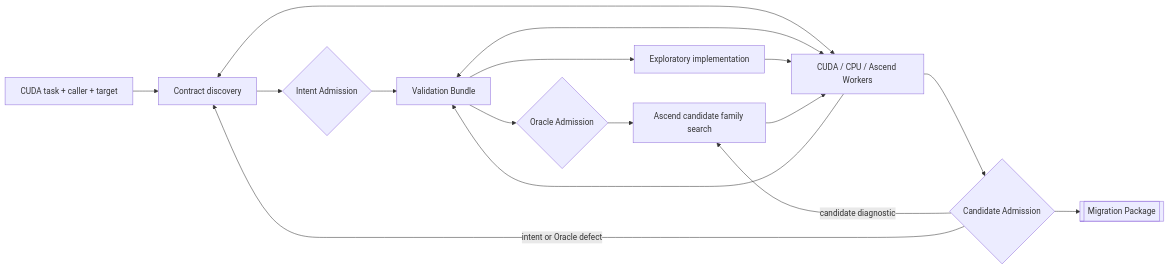
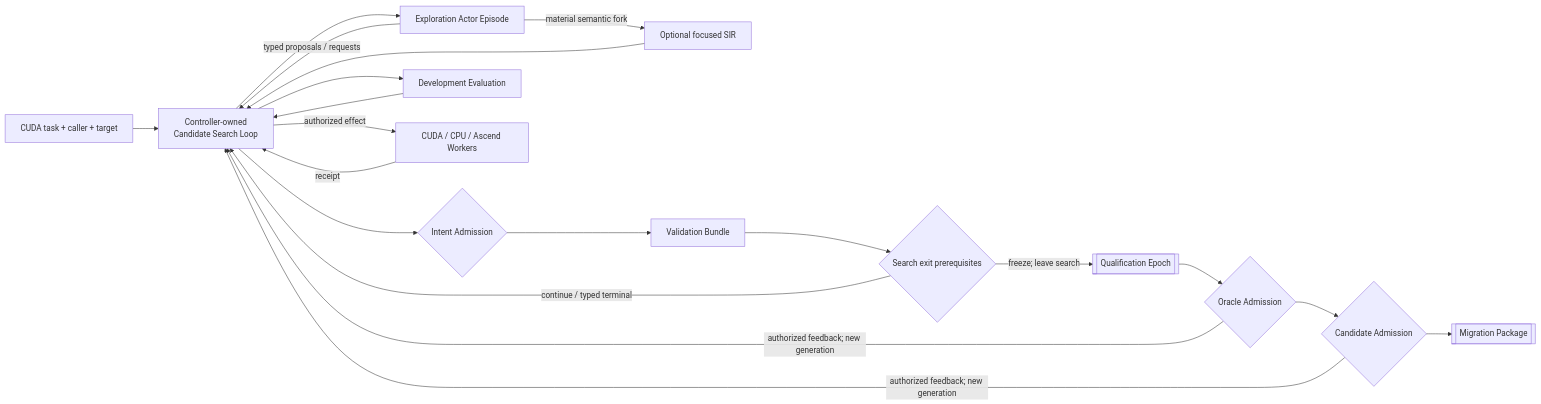
One commit to ascendresearch/cairn changed the diagram in docs/design/CAIRN_CURRENT_PRODUCT_DESIGN.md. Above: the diagram before and after it, drawn with Mermaid. The commit also changed other lines of this file and 5 other files, not shown here.

````diff
--- a/docs/design/CAIRN_CURRENT_PRODUCT_DESIGN.md
+++ b/docs/design/CAIRN_CURRENT_PRODUCT_DESIGN.md
@@ -225,21 +225,28 @@
 ```mermaid
 flowchart LR
     input["CUDA task + caller + target"]
-    sir["Contract discovery"]
+    loop["Controller-owned\nCandidate Search Loop"]
+    actor["Exploration Actor Episode"]
+    sir["Optional focused SIR"]
     intent{"Intent Admission"}
     validation["Validation Bundle"]
+    dev["Development Evaluation"]
+    workers["CUDA / CPU / Ascend Workers"]
+    exit{"Search exit prerequisites"}
+    epoch[["Qualification Epoch"]]
     oracle{"Oracle Admission"}
-    probe["Exploratory implementation"]
-    pool["Ascend candidate family search"]
-    workers["CUDA / CPU / Ascend Workers"]
     verdict{"Candidate Admission"}
     package[["Migration Package"]]
 
-    input --> sir --> intent --> validation --> oracle
-    sir <--> workers
-    validation <--> workers
-    validation --> probe --> workers --> validation
-    oracle --> pool --> workers --> verdict --> package
-    verdict -->|candidate diagnostic| pool
-    verdict -->|intent or Oracle defect| sir
+    input --> loop --> actor
+    actor -->|typed proposals / requests| loop
+    actor -->|material semantic fork| sir --> loop
+    loop -->|authorized effect| workers -->|receipt| loop
+    loop --> dev --> loop
+    loop --> intent --> validation --> exit
+    exit -->|continue / typed terminal| loop
+    exit -->|freeze; leave search| epoch
+    epoch --> oracle --> verdict --> package
+    oracle -->|authorized feedback; new generation| loop
+    verdict -->|authorized feedback; new generation| loop
 ```
````
